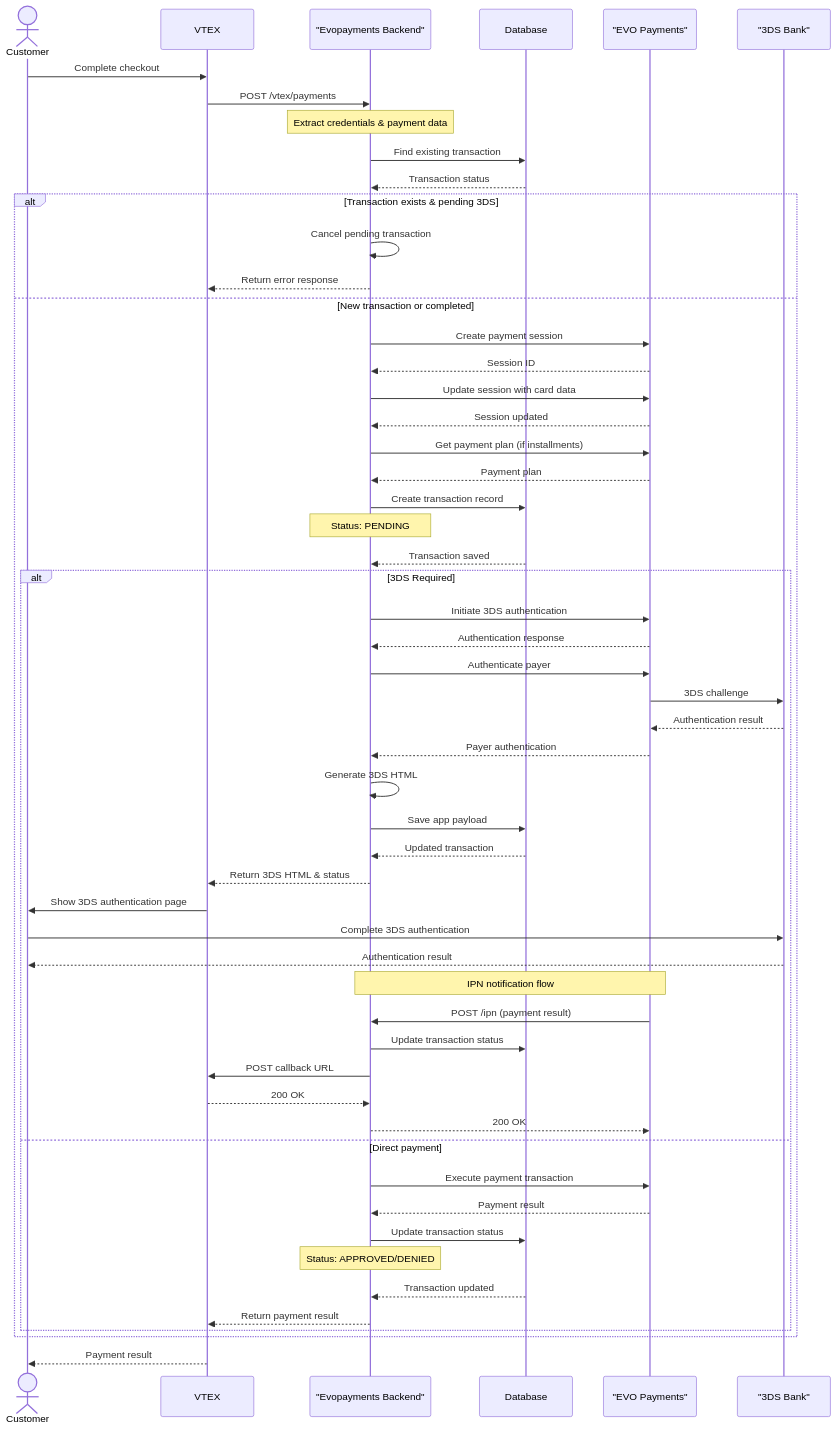
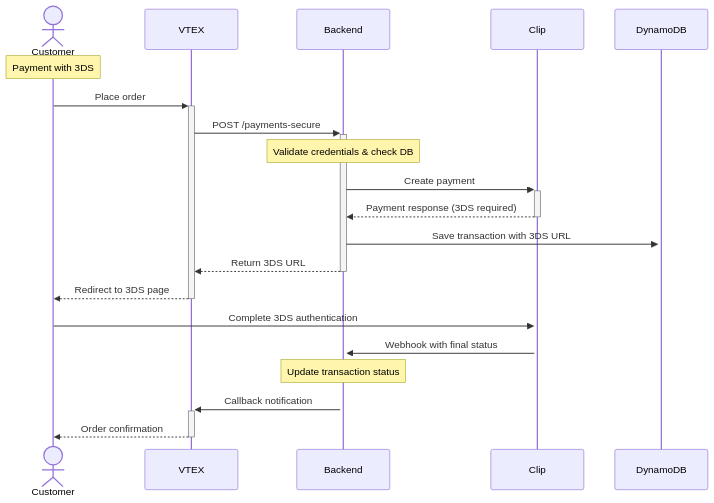
Before and after one commit to joa2pac/text-assistant-gpt: the first of 3 diagrams in README.md, drawn with Mermaid. The commit also changed other lines of this file, not shown here.

````diff
--- a/README.md
+++ b/README.md
@@ -240,74 +258,23 @@
 ```mermaid
 sequenceDiagram
     actor Customer
     participant VTEX
-    participant EvopayBackend as "Evopayments Backend"
-    participant DB as Database
-    participant EVO as "EVO Payments"
-    participant Bank3DS as "3DS Bank"
+    participant Backend
+    participant Clip
+    participant DynamoDB
+    Note over Customer: Payment with 3DS
 
-    Customer->>VTEX: Complete checkout
-    VTEX->>EvopayBackend: POST /vtex/payments
-    Note over EvopayBackend: Extract credentials & payment data
-
-    EvopayBackend->>DB: Find existing transaction
-    DB-->>EvopayBackend: Transaction status
-
-    alt Transaction exists & pending 3DS
-        EvopayBackend->>EvopayBackend: Cancel pending transaction
-        EvopayBackend-->>VTEX: Return error response
-    else New transaction or completed
-        EvopayBackend->>EVO: Create payment session
-        EVO-->>EvopayBackend: Session ID
-
-        EvopayBackend->>EVO: Update session with card data
-        EVO-->>EvopayBackend: Session updated
-
-        EvopayBackend->>EVO: Get payment plan (if installments)
-        EVO-->>EvopayBackend: Payment plan
-
-        EvopayBackend->>DB: Create transaction record
-        Note over EvopayBackend: Status: PENDING
-        DB-->>EvopayBackend: Transaction saved
-
-        alt 3DS Required
-            EvopayBackend->>EVO: Initiate 3DS authentication
-            EVO-->>EvopayBackend: Authentication response
-
-            EvopayBackend->>EVO: Authenticate payer
-            EVO->>Bank3DS: 3DS challenge
-            Bank3DS-->>EVO: Authentication result
-            EVO-->>EvopayBackend: Payer authentication
-
-            EvopayBackend->>EvopayBackend: Generate 3DS HTML
-
-            EvopayBackend->>DB: Save app payload
-            DB-->>EvopayBackend: Updated transaction
-
-            EvopayBackend-->>VTEX: Return 3DS HTML & status
-
-            VTEX->>Customer: Show 3DS authentication page
-            Customer->>Bank3DS: Complete 3DS authentication
-            Bank3DS-->>Customer: Authentication result
-
-            Note over EVO,EvopayBackend: IPN notification flow
-            EVO->>EvopayBackend: POST /ipn (payment result)
-            EvopayBackend->>DB: Update transaction status
-            EvopayBackend->>VTEX: POST callback URL
-            VTEX-->>EvopayBackend: 200 OK
-            EvopayBackend-->>EVO: 200 OK
-        else Direct payment
-            EvopayBackend->>EVO: Execute payment transaction
-            EVO-->>EvopayBackend: Payment result
-
-            EvopayBackend->>DB: Update transaction status
-            Note over EvopayBackend: Status: APPROVED/DENIED
-            DB-->>EvopayBackend: Transaction updated
-
-            EvopayBackend-->>VTEX: Return payment result
-        end
-    end
-
-    VTEX-->>Customer: Payment result
-
+    Customer->>+VTEX: Place order
+    VTEX->>+Backend: POST /payments-secure
+    Note over Backend: Validate credentials & check DB
+    Backend->>+Clip: Create payment
+    Clip-->>-Backend: Payment response (3DS required)
+    Backend->>+DynamoDB: Save transaction with 3DS URL
+    Backend-->>-VTEX: Return 3DS URL
+    VTEX-->>-Customer: Redirect to 3DS page
+    Customer->>+Clip: Complete 3DS authentication
+    Clip->>+Backend: Webhook with final status
+    Note over Backend: Update transaction status
+    Backend->>+VTEX: Callback notification
+    VTEX-->>-Customer: Order confirmation
 ```
````
